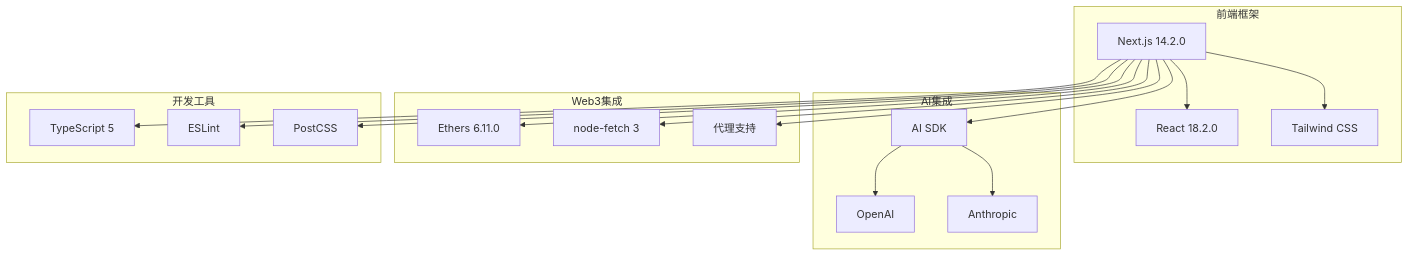
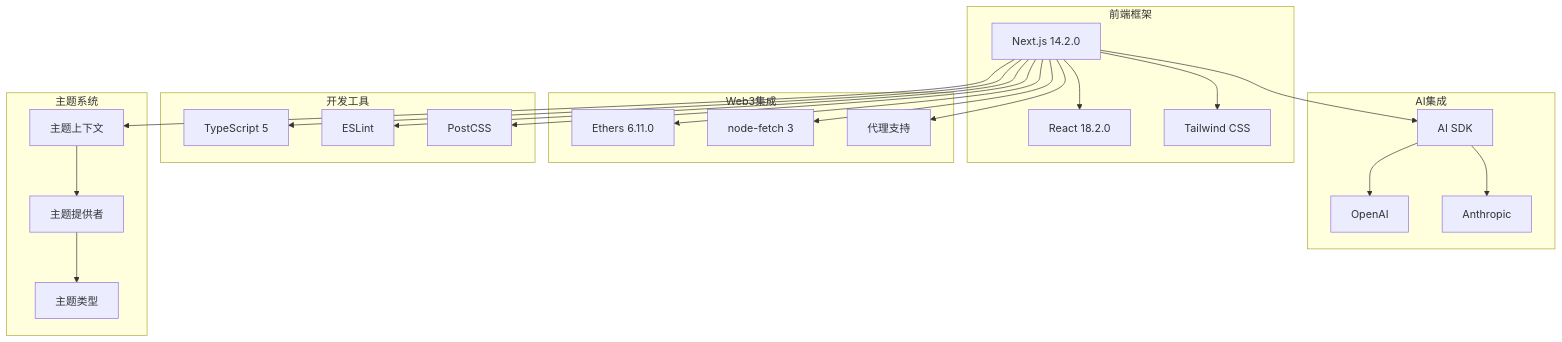
Before and after one commit to CryptoLinxu/Web3-AI-Agent: the tenth of 12 diagrams in .qoder/repowiki/zh/content/项目概述/整体架构概览/Web应用程序/Web3企业风格界面.md, drawn with Mermaid. The commit also changed other lines of this file and 11 other files, not shown here.

````diff
--- a/.qoder/repowiki/zh/content/项目概述/整体架构概览/Web应用程序/Web3企业风格界面.md
+++ b/.qoder/repowiki/zh/content/项目概述/整体架构概览/Web应用程序/Web3企业风格界面.md
@@ -326,34 +373,42 @@
 ```mermaid
 graph TB
 subgraph "前端框架"
 NextJS[Next.js 14.2.0]
 React[React 18.2.0]
 TailwindCSS[Tailwind CSS]
 end
 subgraph "AI集成"
 AI[AI SDK]
 OpenAI[OpenAI]
 Anthropic[Anthropic]
 end
 subgraph "Web3集成"
 Ethers[Ethers 6.11.0]
 Fetch[node-fetch 3]
 Proxy[代理支持]
 end
 subgraph "开发工具"
 TypeScript[TypeScript 5]
 ESLint[ESLint]
 PostCSS[PostCSS]
 end
+subgraph "主题系统"
+ThemeContext[主题上下文]
+ThemeProvider[主题提供者]
+ThemeTypes[主题类型]
+end
 NextJS --> React
 NextJS --> TailwindCSS
 NextJS --> AI
 AI --> OpenAI
 AI --> Anthropic
 NextJS --> Ethers
 NextJS --> Fetch
 NextJS --> Proxy
 NextJS --> TypeScript
 NextJS --> ESLint
 NextJS --> PostCSS
+NextJS --> ThemeContext
+ThemeContext --> ThemeProvider
+ThemeProvider --> ThemeTypes
 ```
````
